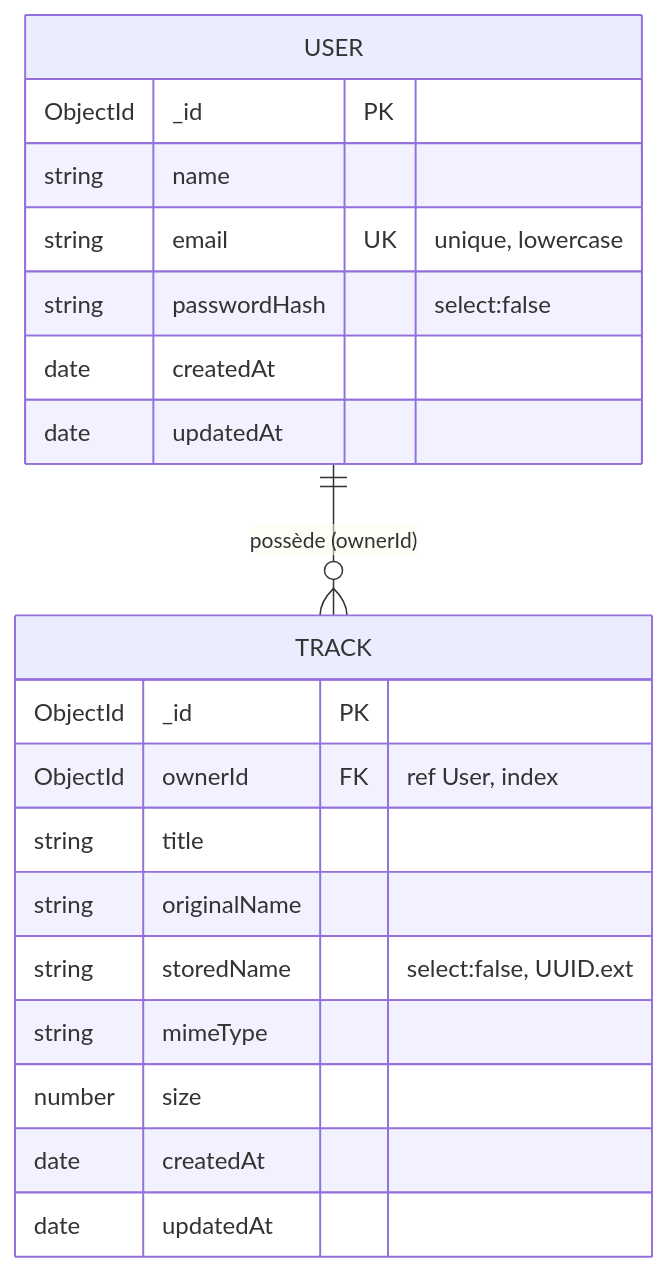
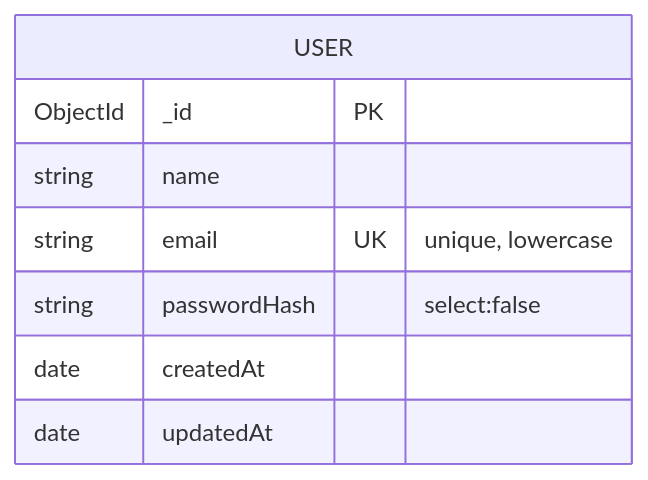
The second of 7 diagrams in backend/analyse.md (nini667-E/AngularM1_Miage_2026_2027_TP123), drawn with Mermaid before and after one commit. The commit also changed other lines of this file and 42 other files, not shown here.

````diff
--- a/backend/analyse.md
+++ b/backend/analyse.md
@@ -91,23 +91,11 @@
 ```mermaid
 erDiagram
     USER {
         ObjectId _id PK
         string name
         string email UK "unique, lowercase"
         string passwordHash "select:false"
         date createdAt
         date updatedAt
     }
-    TRACK {
-        ObjectId _id PK
-        ObjectId ownerId FK "ref User, index"
-        string title
-        string originalName
-        string storedName "select:false, UUID.ext"
-        string mimeType
-        number size
-        date createdAt
-        date updatedAt
-    }
-    USER ||--o{ TRACK : "possède (ownerId)"
 ```
````
